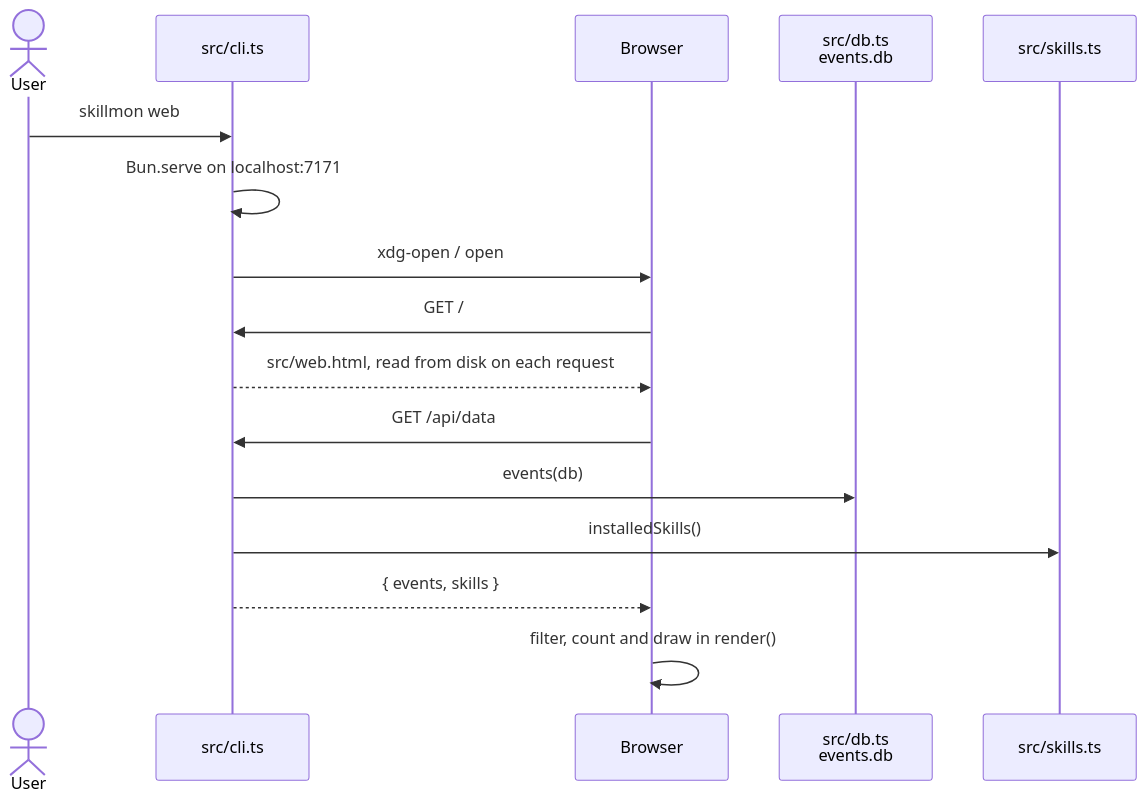
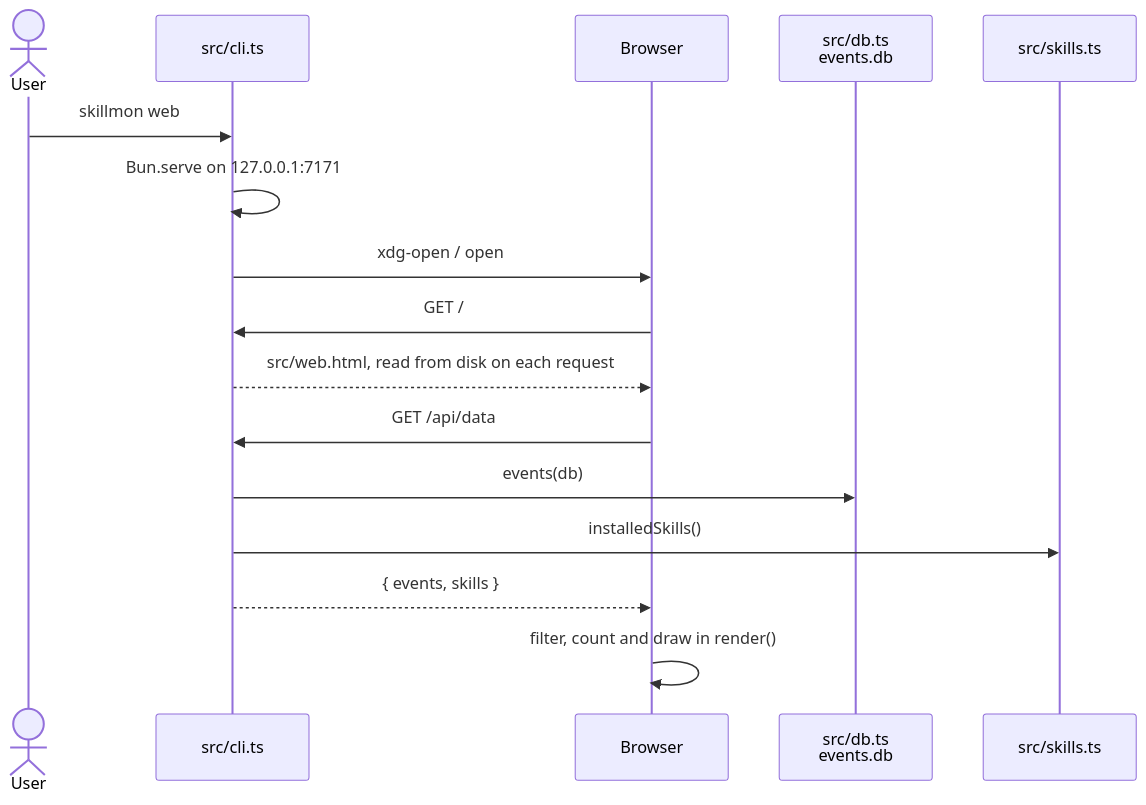
One commit to Maduki-tech/skillmonitor changed the second of 2 diagrams in docs/how-it-works.md. Above: the diagram before and after it, drawn with Mermaid. The commit also changed other lines of this file and 4 other files, not shown here.

````diff
--- a/docs/how-it-works.md
+++ b/docs/how-it-works.md
@@ -109,19 +109,19 @@
 ```mermaid
 sequenceDiagram
     actor User
     participant CLI as src/cli.ts
     participant Browser
     participant DB as src/db.ts<br/>events.db
     participant Skills as src/skills.ts
 
     User->>CLI: skillmon web
-    CLI->>CLI: Bun.serve on localhost:7171
+    CLI->>CLI: Bun.serve on 127.0.0.1:7171
     CLI->>Browser: xdg-open / open
     Browser->>CLI: GET /
     CLI-->>Browser: src/web.html, read from disk on each request
     Browser->>CLI: GET /api/data
     CLI->>DB: events(db)
     CLI->>Skills: installedSkills()
     CLI-->>Browser: { events, skills }
     Browser->>Browser: filter, count and draw in render()
 ```
````
